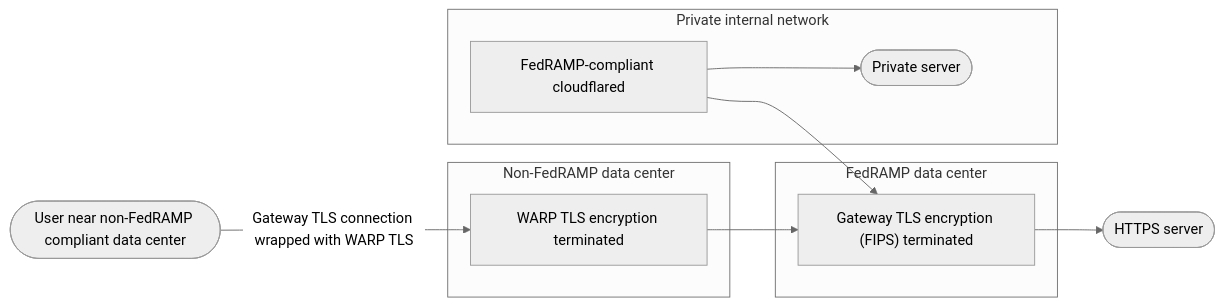
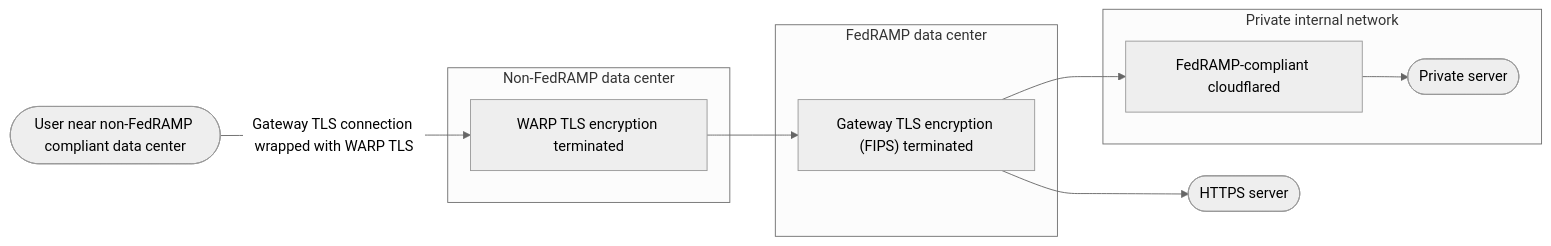
The diagram in src/content/docs/cloudflare-one/policies/gateway/http-policies/tls-decryption.mdx (rdhanarot/cloudflare-docs), drawn with Mermaid (neutral theme) before and after one commit. The commit also changed 2 other files, not shown here.

Commit message:
[Gateway] Proxy endpoints for Tunnel (#20959)
* Fix flowchart direction

* Rename PAC files page

* Add PAC file link

* Add proxy endpoint info

````diff
--- a/src/content/docs/cloudflare-one/policies/gateway/http-policies/tls-decryption.mdx
+++ b/src/content/docs/cloudflare-one/policies/gateway/http-policies/tls-decryption.mdx
@@ -122,19 +122,19 @@
 ```mermaid
 flowchart LR
  subgraph s1["Non-FedRAMP data center"]
         n2["WARP TLS encryption terminated"]
   end
  subgraph s2["FedRAMP data center"]
         n3["Gateway TLS encryption (FIPS) terminated"]
   end
  subgraph s3["Private internal network"]
         n5["FedRAMP-compliant cloudflared"]
         n6(["Private server"])
   end
     n1(["User near non-FedRAMP compliant data center"]) -- Gateway TLS connection wrapped with WARP TLS --> n2
     n2 --> n3
-    n3 --> n4(["HTTPS server"])
-    n5 --> n3 & n6
+    n3 --> n4(["HTTPS server"]) & n5
+    n5 --> n6
 
     n5@{ shape: rect}
 ```
````
